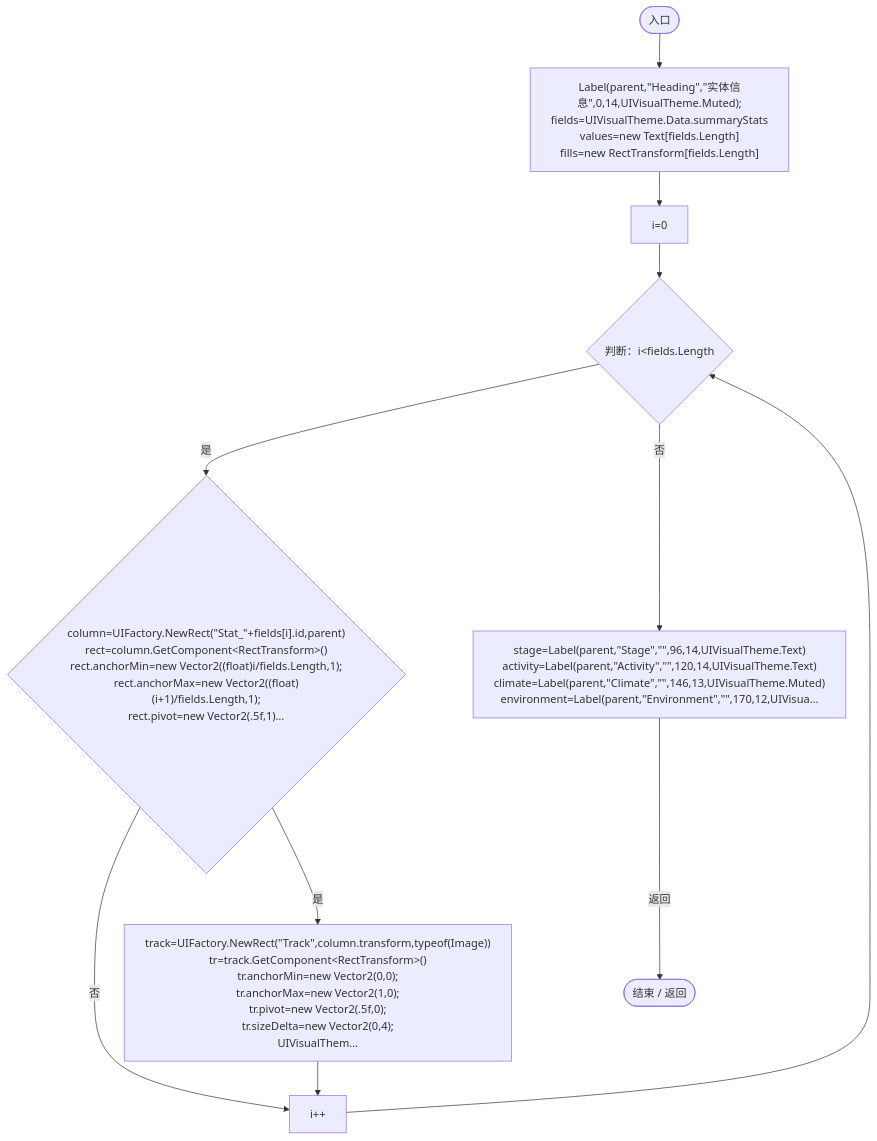
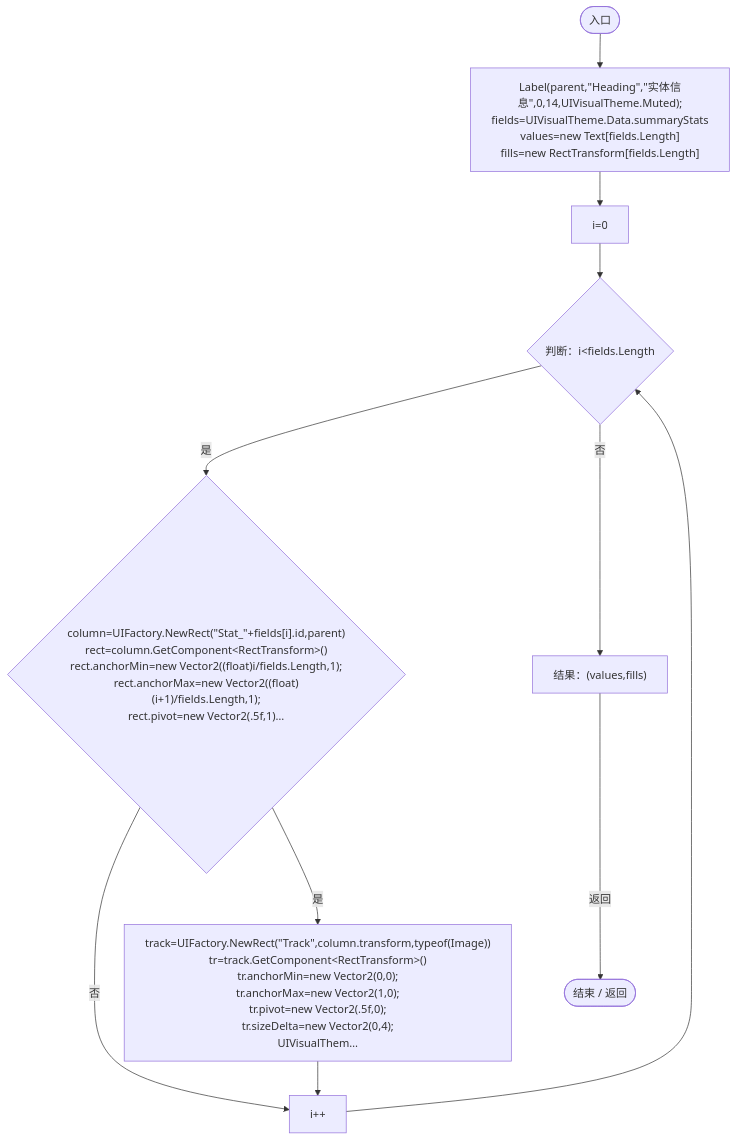
The second of 8 diagrams in Docs/运行流程图/脚本/64394436d1ceb729.md (xhs6666/Darwin_paradise), drawn with Mermaid before and after one commit. The commit also changed other lines of this file and 184 other files, not shown here.

````diff
--- a/Docs/运行流程图/脚本/64394436d1ceb729.md
+++ b/Docs/运行流程图/脚本/64394436d1ceb729.md
@@ -43,23 +43,23 @@
 ```mermaid
 flowchart TD
   b0(["入口"])
   b1["Label(parent,&quot;Heading&quot;,&quot;实体信息&quot;,0,14,UIVisualTheme.Muted);<br/>fields=UIVisualTheme.Data.summaryStats<br/>values=new Text[fields.Length]<br/>fills=new RectTransform[fields.Length]"]
   b2["i=0"]
   b3{"判断：i&lt;fields.Length"}
   b4{"column=UIFactory.NewRect(&quot;Stat_&quot;+fields[i].id,parent)<br/>rect=column.GetComponent&lt;RectTransform&gt;()<br/>rect.anchorMin=new Vector2((float)i/fields.Length,1);<br/>rect.anchorMax=new Vector2((float)(i+1)/fields.Length,1);<br/>rect.pivot=new Vector2(.5f,1)…"}
   b5["track=UIFactory.NewRect(&quot;Track&quot;,column.transform,typeof(Image))<br/>tr=track.GetComponent&lt;RectTransform&gt;()<br/>tr.anchorMin=new Vector2(0,0);<br/>tr.anchorMax=new Vector2(1,0);<br/>tr.pivot=new Vector2(.5f,0);<br/>tr.sizeDelta=new Vector2(0,4);<br/>UIVisualThem…"]
   b6["i++"]
-  b7["stage=Label(parent,&quot;Stage&quot;,&quot;&quot;,96,14,UIVisualTheme.Text)<br/>activity=Label(parent,&quot;Activity&quot;,&quot;&quot;,120,14,UIVisualTheme.Text)<br/>climate=Label(parent,&quot;Climate&quot;,&quot;&quot;,146,13,UIVisualTheme.Muted)<br/>environment=Label(parent,&quot;Environment&quot;,&quot;&quot;,170,12,UIVisua…"]
+  b7["结果：(values,fills)"]
   b8(["结束 / 返回"])
   b0 --> b1
   b1 --> b2
   b2 --> b3
   b3 -->|"是"| b4
   b3 -->|"否"| b7
   b4 -->|"否"| b6
   b4 -->|"是"| b5
   b5 --> b6
   b6 --> b3
   b7 -->|"返回"| b8
 
 ```
````
